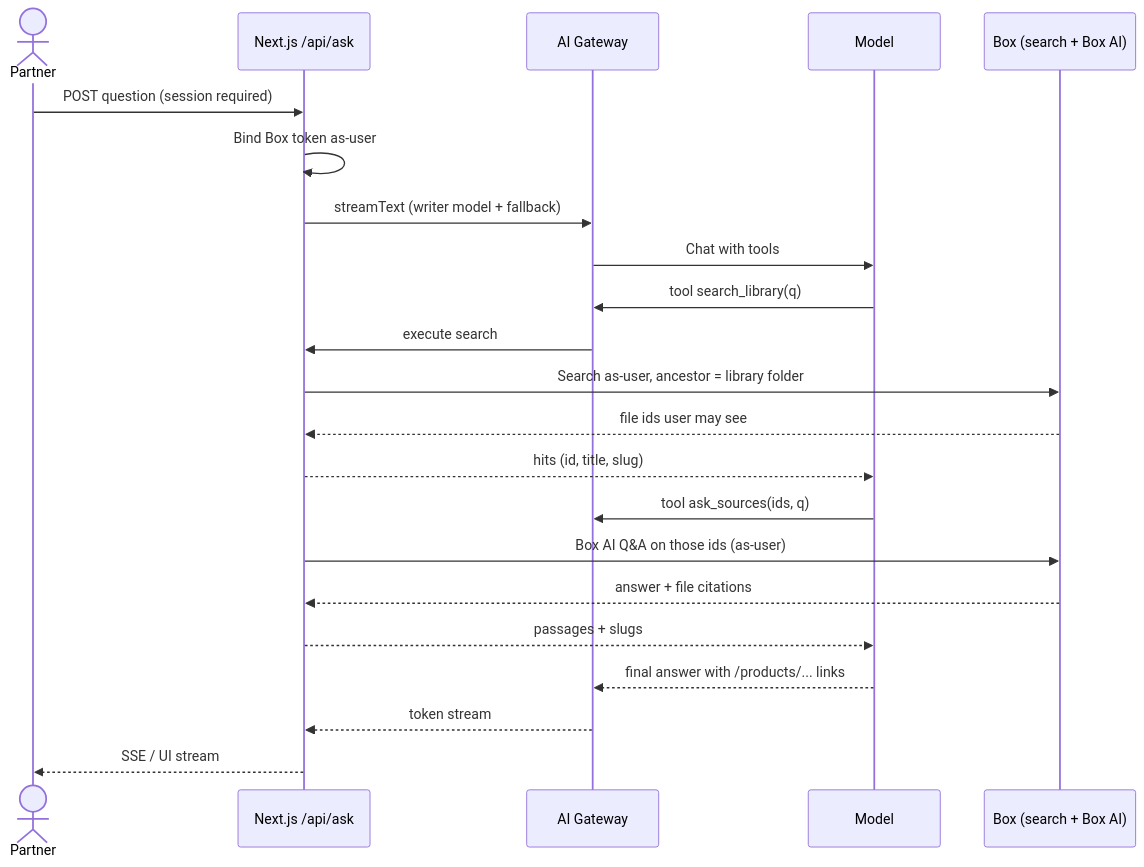
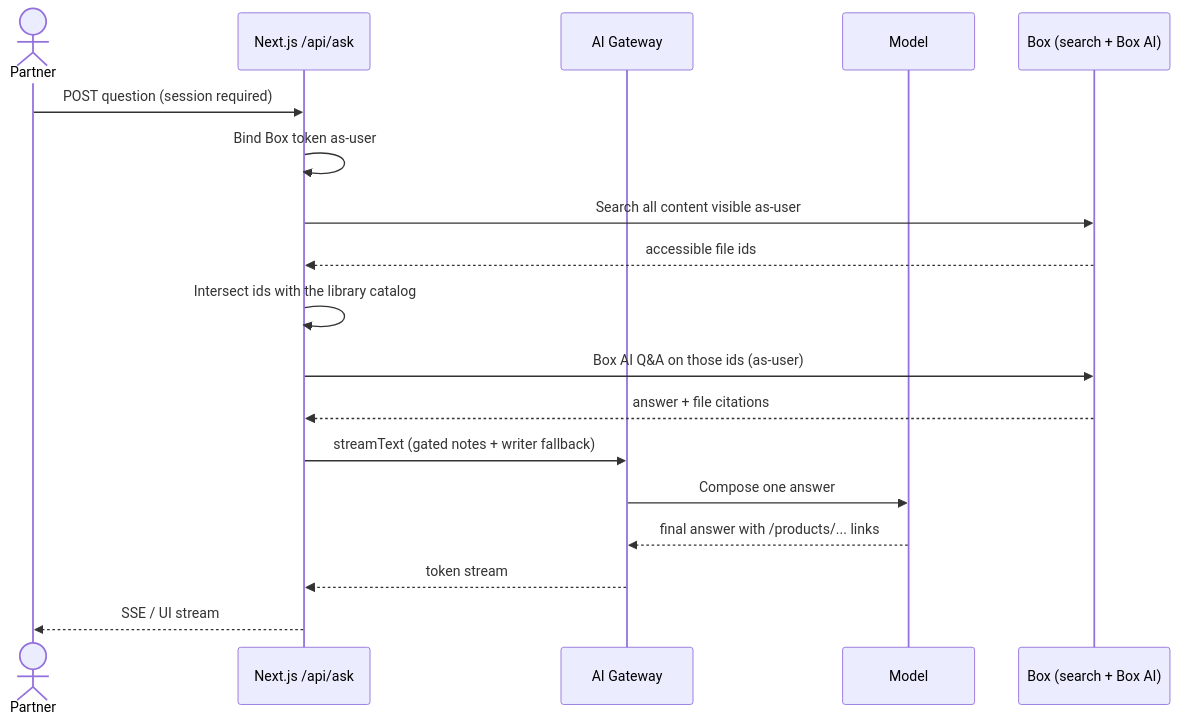
The third of 4 diagrams in docs/03-sequences.md (hjmhousing-eng/partner-knowledge-portal), drawn with Mermaid before and after one commit. The commit also changed other lines of this file and 12 other files, not shown here.

First line of the commit message:
fix: make library search fail clearly

````diff
--- a/docs/03-sequences.md
+++ b/docs/03-sequences.md
@@ -81,25 +81,21 @@
 ```mermaid
 sequenceDiagram
   actor U as Partner
   participant N as Next.js /api/ask
   participant G as AI Gateway
   participant M as Model
   participant B as Box (search + Box AI)
 
   U->>N: POST question (session required)
   N->>N: Bind Box token as-user
-  N->>G: streamText (writer model + fallback)
-  G->>M: Chat with tools
-  M->>G: tool search_library(q)
-  G->>N: execute search
-  N->>B: Search as-user, ancestor = library folder
-  B-->>N: file ids user may see
-  N-->>M: hits (id, title, slug)
-  M->>G: tool ask_sources(ids, q)
+  N->>B: Search all content visible as-user
+  B-->>N: accessible file ids
+  N->>N: Intersect ids with the library catalog
   N->>B: Box AI Q&A on those ids (as-user)
   B-->>N: answer + file citations
-  N-->>M: passages + slugs
+  N->>G: streamText (gated notes + writer fallback)
+  G->>M: Compose one answer
   M-->>G: final answer with /products/... links
   G-->>N: token stream
   N-->>U: SSE / UI stream
 ```
````
